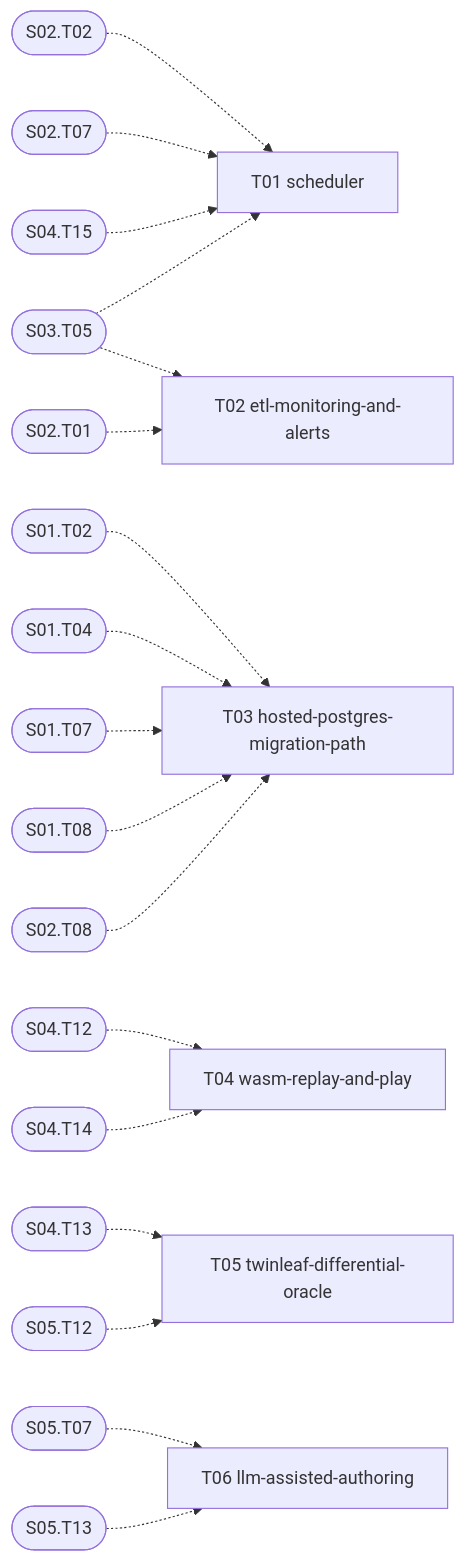
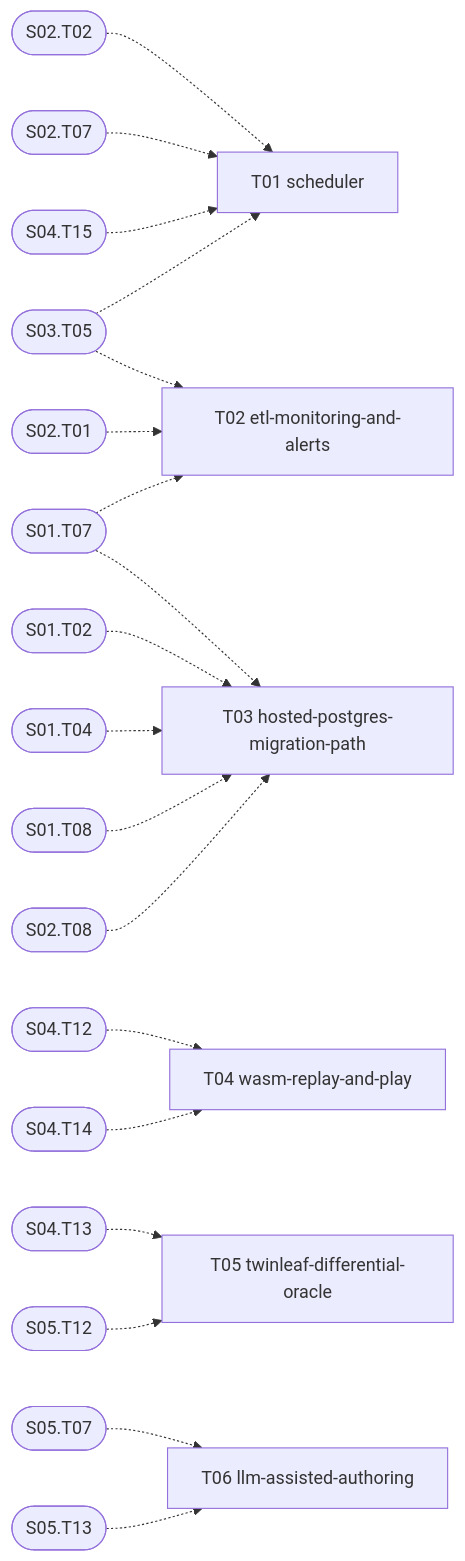
One commit to ManoFardo-PR/pokemon2 changed the diagram in docs/stages/08-operations-and-extensions/README.md. Above: the diagram before and after it, drawn with Mermaid. The commit also changed other lines of this file and 14 other files, not shown here.

````diff
--- a/docs/stages/08-operations-and-extensions/README.md
+++ b/docs/stages/08-operations-and-extensions/README.md
@@ -33,26 +33,27 @@
 ```mermaid
 graph LR
   S08_T01["T01 scheduler"]
   S08_T02["T02 etl-monitoring-and-alerts"]
   S08_T03["T03 hosted-postgres-migration-path"]
   S08_T04["T04 wasm-replay-and-play"]
   S08_T05["T05 twinleaf-differential-oracle"]
   S08_T06["T06 llm-assisted-authoring"]
   S02_T02(["S02.T02"]) -.-> S08_T01
   S02_T07(["S02.T07"]) -.-> S08_T01
   S03_T05(["S03.T05"]) -.-> S08_T01
   S04_T15(["S04.T15"]) -.-> S08_T01
+  S01_T07(["S01.T07"]) -.-> S08_T02
   S02_T01(["S02.T01"]) -.-> S08_T02
   S03_T05(["S03.T05"]) -.-> S08_T02
   S01_T02(["S01.T02"]) -.-> S08_T03
   S01_T04(["S01.T04"]) -.-> S08_T03
   S01_T07(["S01.T07"]) -.-> S08_T03
   S01_T08(["S01.T08"]) -.-> S08_T03
   S02_T08(["S02.T08"]) -.-> S08_T03
   S04_T12(["S04.T12"]) -.-> S08_T04
   S04_T14(["S04.T14"]) -.-> S08_T04
   S04_T13(["S04.T13"]) -.-> S08_T05
   S05_T12(["S05.T12"]) -.-> S08_T05
   S05_T07(["S05.T07"]) -.-> S08_T06
   S05_T13(["S05.T13"]) -.-> S08_T06
 ```
````
